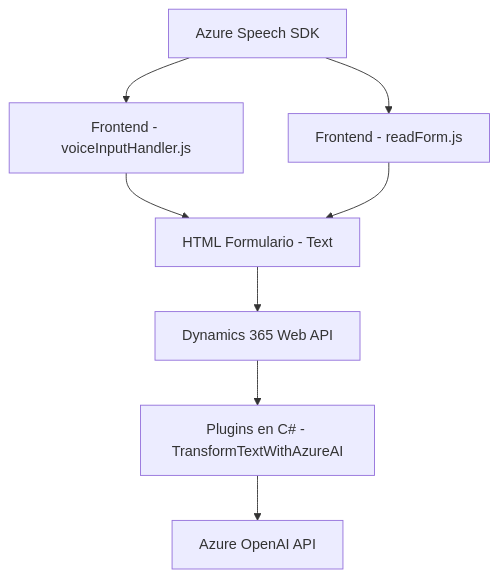
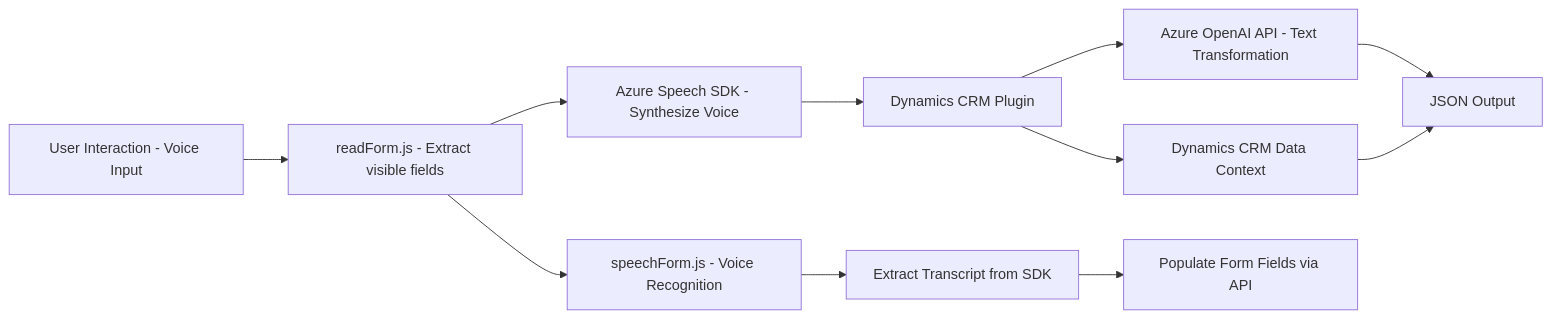
The diagram in README.md (blopezdm/NETCORE_BILBAO2025), drawn with Mermaid before and after one commit. The commit also changed other lines of this file, not shown here.

````diff
--- a/README.md
+++ b/README.md
@@ -38,10 +40,13 @@
 ```mermaid
-graph TD
-    A["Azure Speech SDK"] --> B["Frontend - voiceInputHandler.js"]
-    A --> C["Frontend - readForm.js"]
-    B --> D["HTML Formulario - Text"]
-    C --> D
-    D --> E["Dynamics 365 Web API"]
-    E --> F["Plugins en C# - TransformTextWithAzureAI"]
-    F --> G["Azure OpenAI API"]
+graph LR
+    A["User Interaction - Voice Input"] --> B["readForm.js - Extract visible fields"]
+    B --> C["Azure Speech SDK - Synthesize Voice"]
+    C --> D["Dynamics CRM Plugin"]
+    D --> E["Azure OpenAI API - Text Transformation"]
+    E --> F["JSON Output"]
+    B --> G["speechForm.js - Voice Recognition"]
+    G --> H["Extract Transcript from SDK"]
+    H --> I["Populate Form Fields via API"]
+    D --> J["Dynamics CRM Data Context"]
+    J --> F
 ```
````
